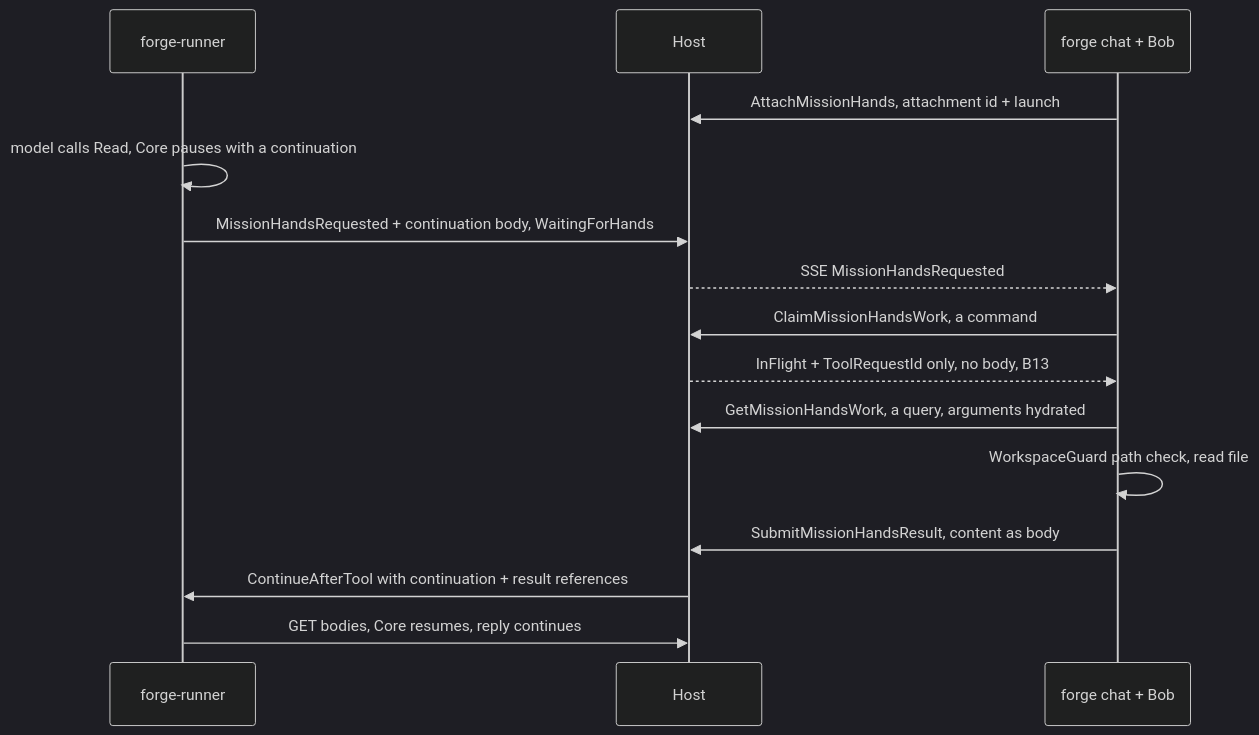
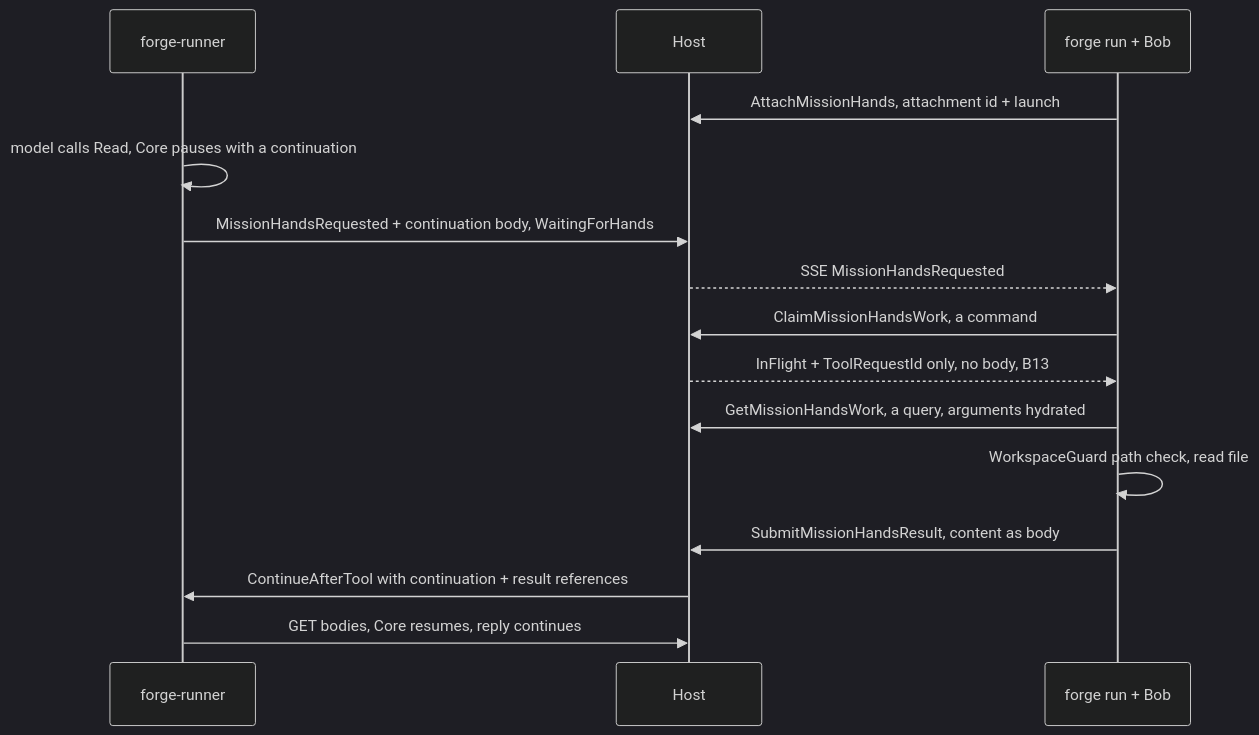
One commit to katasec/mission-control-language changed diagram 11 of 14 in docs/design/how-conversations-work.md. Above: the diagram before and after it, drawn with Mermaid (dark theme). The commit also changed other lines of this file and 711 other files, not shown here.

````diff
--- a/docs/design/how-conversations-work.md
+++ b/docs/design/how-conversations-work.md
@@ -584,17 +380,17 @@
 ```mermaid
 sequenceDiagram
   participant R as forge-runner
   participant H as Host
-  participant C as forge chat + Bob
+  participant C as forge run + Bob
   C->>H: AttachMissionHands, attachment id + launch
   R->>R: model calls Read, Core pauses with a continuation
   R->>H: MissionHandsRequested + continuation body, WaitingForHands
   H-->>C: SSE MissionHandsRequested
   C->>H: ClaimMissionHandsWork, a command
   H-->>C: InFlight + ToolRequestId only, no body, B13
   C->>H: GetMissionHandsWork, a query, arguments hydrated
   C->>C: WorkspaceGuard path check, read file
   C->>H: SubmitMissionHandsResult, content as body
   H->>R: ContinueAfterTool with continuation + result references
   R->>H: GET bodies, Core resumes, reply continues
 ```
````
